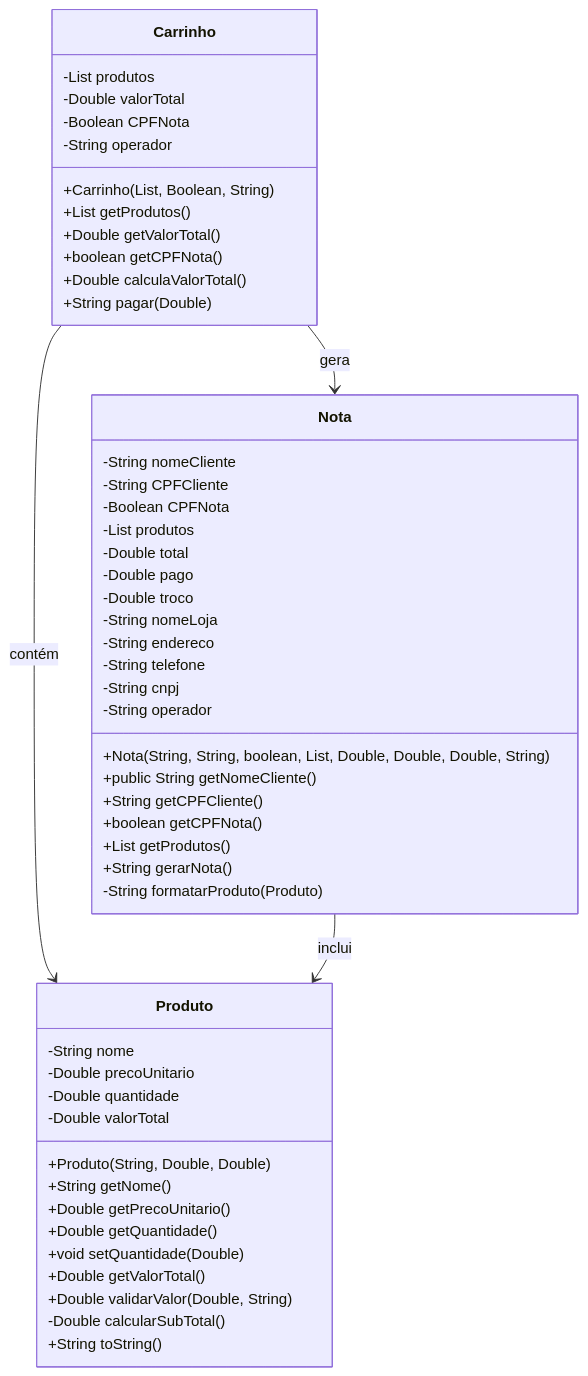
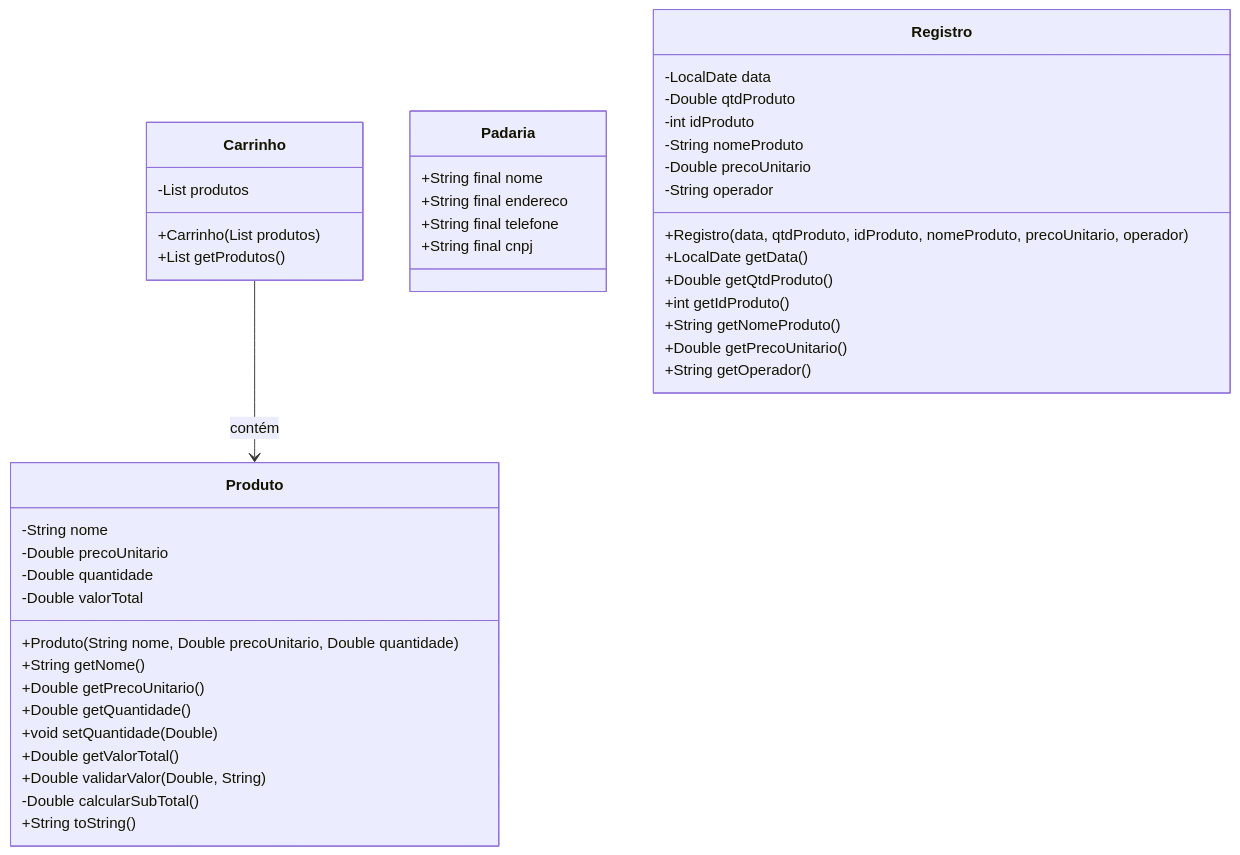
One commit to matheusvilar2019/Padaria changed the diagram in README.md. Above: the diagram before and after it, drawn with Mermaid. The commit also changed other lines of this file, not shown here.

Commit message:
Update README.md
Melhorado Readme

````diff
--- a/README.md
+++ b/README.md
@@ -12,54 +12,45 @@
 ```mermaid
 classDiagram
         Carrinho --> Produto : contém
-        Carrinho --> Nota : gera
-        Nota --> Produto : inclui
     class Carrinho{
       -List<Produto> produtos
-      -Double valorTotal
-      -Boolean CPFNota
-      -String operador
-      +Carrinho(List<Produto>, Boolean, String)
+      +Carrinho(List<Produto> produtos)
       +List<Produto> getProdutos()
-      +Double getValorTotal()
-      +boolean getCPFNota()
-      +Double calculaValorTotal()
-      +String pagar(Double)
     }    
-    class Nota{
-      -String nomeCliente
-      -String CPFCliente
-      -Boolean CPFNota
-      -List<Produto> produtos
-      -Double total
-      -Double pago
-      -Double troco
-      -String nomeLoja
-      -String endereco
-      -String telefone
-      -String cnpj
-      -String operador
-      +Nota(String, String, boolean, List<Produto>, Double, Double, Double, String)
-      +public String getNomeCliente()
-      +String getCPFCliente()
-      +boolean getCPFNota()
-      +List<Produto> getProdutos()
-      +String gerarNota()
-      -String formatarProduto(Produto)
-    }
+    class Padaria{
+      +String final nome
+      +String final endereco
+      +String final telefone
+      +String final cnpj
+    }    
     class Produto{
       -String nome
       -Double precoUnitario
       -Double quantidade
       -Double valorTotal
-      +Produto(String, Double, Double)
+      +Produto(String nome, Double precoUnitario, Double quantidade)
       +String getNome()
       +Double getPrecoUnitario()
       +Double getQuantidade()
       +void setQuantidade(Double)
       +Double getValorTotal()
       +Double validarValor(Double, String)
       -Double calcularSubTotal()
       +String toString()
     }
+    class Registro{
+      -LocalDate data
+      -Double qtdProduto
+      -int idProduto
+      -String nomeProduto
+      -Double precoUnitario
+      -String operador
+      +Registro(data, qtdProduto, idProduto, nomeProduto, precoUnitario, operador)
+      +LocalDate getData()
+      +Double getQtdProduto()
+      +int getIdProduto()
+      +String getNomeProduto()
+      +Double getPrecoUnitario()
+      +String getOperador()
+    }
 ```
````
